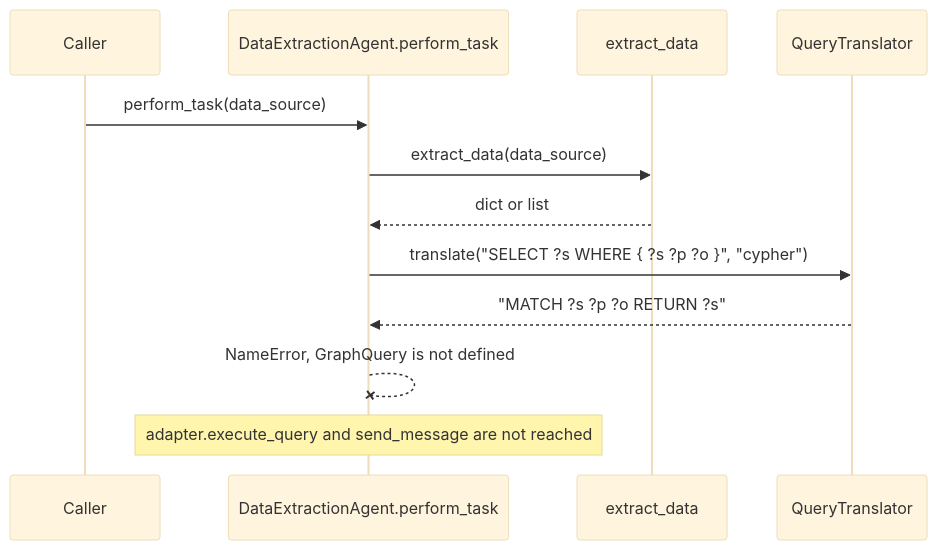
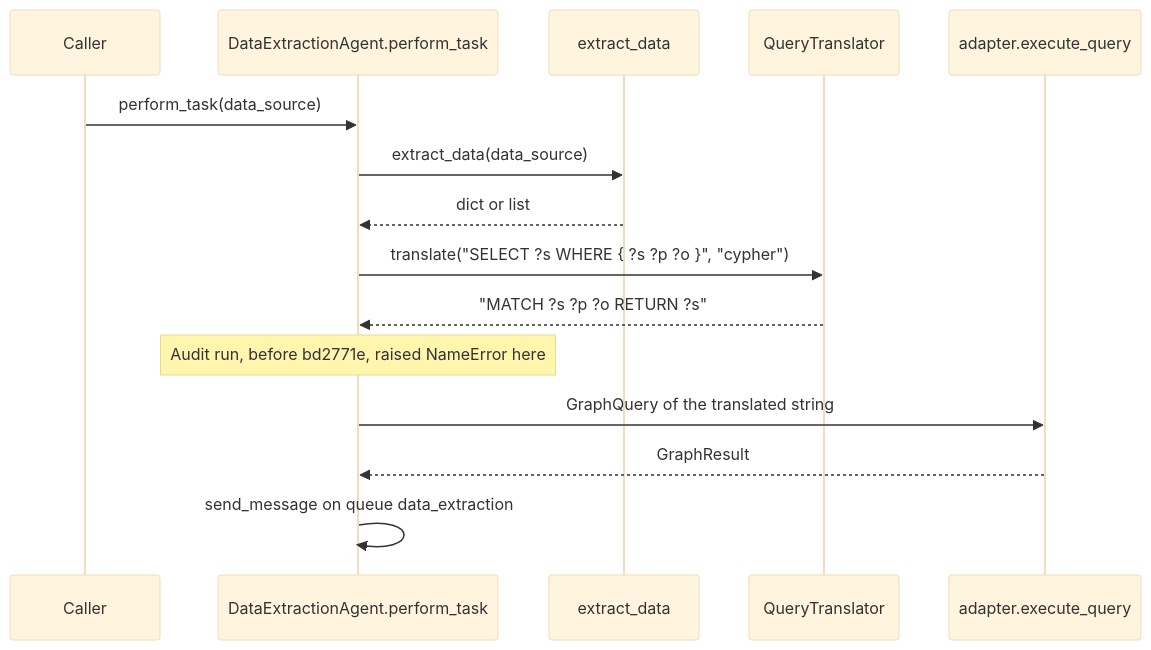
The third of 4 diagrams in readme.md (akeebismail/knexgpt), drawn with Mermaid (base theme) before and after one commit. The commit also changed other lines of this file and 1 other file, not shown here.

First line of the commit message:
Record the GraphQuery import that landed on main.

````diff
--- a/readme.md
+++ b/readme.md
@@ -157,14 +157,17 @@
 ```mermaid
 sequenceDiagram
   participant Caller
   participant Agent as DataExtractionAgent.perform_task
   participant Files as extract_data
   participant Tr as QueryTranslator
+  participant DB as adapter.execute_query
   Caller->>Agent: perform_task(data_source)
   Agent->>Files: extract_data(data_source)
   Files-->>Agent: dict or list
   Agent->>Tr: translate("SELECT ?s WHERE { ?s ?p ?o }", "cypher")
   Tr-->>Agent: "MATCH  ?s ?p ?o  RETURN ?s"
-  Agent--xAgent: NameError, GraphQuery is not defined
-  Note over Agent: adapter.execute_query and send_message are not reached
+  Note over Agent: Audit run, before bd2771e, raised NameError here
+  Agent->>DB: GraphQuery of the translated string
+  DB-->>Agent: GraphResult
+  Agent->>Agent: send_message on queue data_extraction
 ```
````
